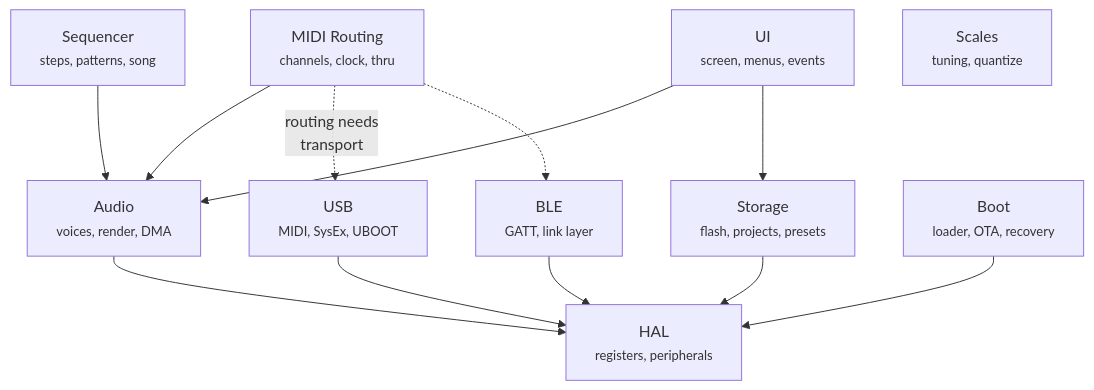
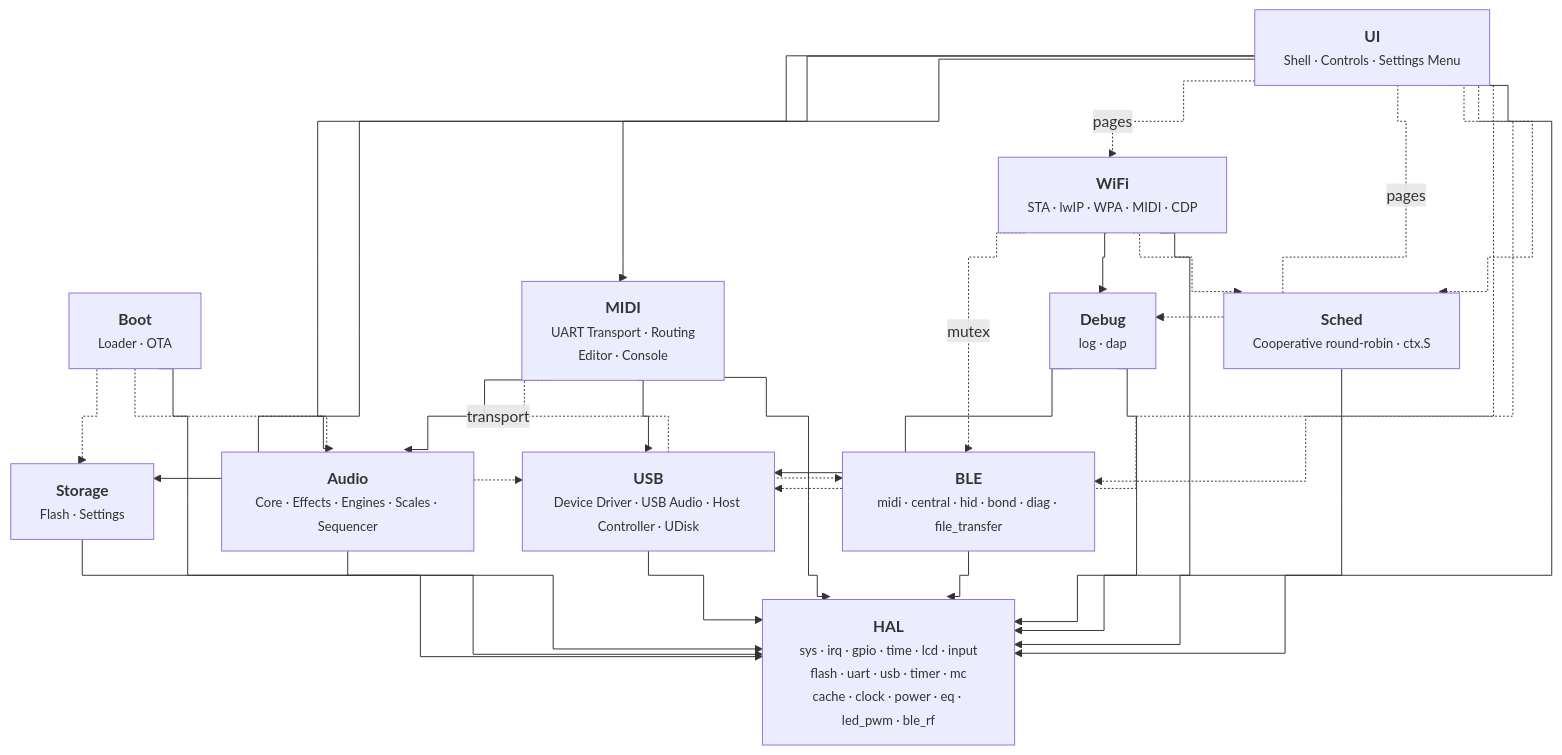
The first of 5 diagrams in docs/COMPONENTS.md (DimmKirr/core-fm1), drawn with Mermaid before and after one commit. The commit also changed other lines of this file and 401 other files, not shown here.

````diff
--- a/docs/COMPONENTS.md
+++ b/docs/COMPONENTS.md
@@ -13,26 +6,43 @@
 ```mermaid
-graph TB
-    UI["UI<br/><small>screen, menus, events</small>"]
-    AUDIO["Audio<br/><small>voices, render, DMA</small>"]
-    SEQ["Sequencer<br/><small>steps, patterns, song</small>"]
-    MIDI["MIDI Routing<br/><small>channels, clock, thru</small>"]
-    USB["USB<br/><small>MIDI, SysEx, UBOOT</small>"]
-    STORAGE["Storage<br/><small>flash, projects, presets</small>"]
-    BLE["BLE<br/><small>GATT, link layer</small>"]
-    BOOT["Boot<br/><small>loader, OTA, recovery</small>"]
-    SCALES["Scales<br/><small>tuning, quantize</small>"]
-    HAL["HAL<br/><small>registers, peripherals</small>"]
+%%{init: {"flowchart": {"curve": "step"}} }%%
+flowchart TB
+    AUDIO["<b>Audio</b><br/><small>Core · Effects · Engines · Scales · Sequencer</small>"]
+    BLE["<b>BLE</b><br/><small>midi · central · hid · bond · diag · file_transfer</small>"]
+    BOOT["<b>Boot</b><br/><small>Loader · OTA</small>"]
+    DEBUG["<b>Debug</b><br/><small>log · dap</small>"]
+    HAL["<b>HAL</b><br/><small>sys · irq · gpio · time · lcd · input<br/>flash · uart · usb · timer · mc<br/>cache · clock · power · eq · led_pwm · ble_rf</small>"]
+    MIDI["<b>MIDI</b><br/><small>UART Transport · Routing<br/>Editor · Console</small>"]
+    USB["<b>USB</b><br/><small>Device Driver · USB Audio · Host Controller · UDisk</small>"]
+    STORAGE["<b>Storage</b><br/><small>Flash · Settings</small>"]
+    SCHED["<b>Sched</b><br/><small>Cooperative round-robin · ctx.S</small>"]
+    UI["<b>UI</b><br/><small>Shell · Controls · Settings Menu</small>"]
+    WIFI["<b>WiFi</b><br/><small>STA · lwIP · WPA · MIDI · CDP</small>"]
 
+    BOOT -.-> STORAGE
+    BOOT -.-> USB
+    MIDI --> AUDIO
+    MIDI -.->|transport| BLE
     UI --> AUDIO
     UI --> STORAGE
-    SEQ --> AUDIO
-    MIDI --> AUDIO
-    MIDI -.->|"routing needs<br/>transport"| USB
-    MIDI -.-> BLE
-    USB --> HAL
+    UI --> MIDI
+    UI -.->|pages| WIFI
+    UI -.->|pages| DEBUG
+    WIFI -.->|mutex| BLE
+    UI -.-> USB
+    UI -.-> BLE
+    DEBUG --> USB
+    MIDI --> USB
+    WIFI --> DEBUG
+    SCHED --> HAL
+    UI -.-> SCHED
+    WIFI -.-> SCHED
     AUDIO --> HAL
     BLE --> HAL
+    BOOT --> HAL
+    DEBUG --> HAL
+    MIDI --> HAL
+    USB --> HAL
     STORAGE --> HAL
-    BOOT --> HAL
-    SCALES
+    UI --> HAL
+    WIFI --> HAL
 ```
````
